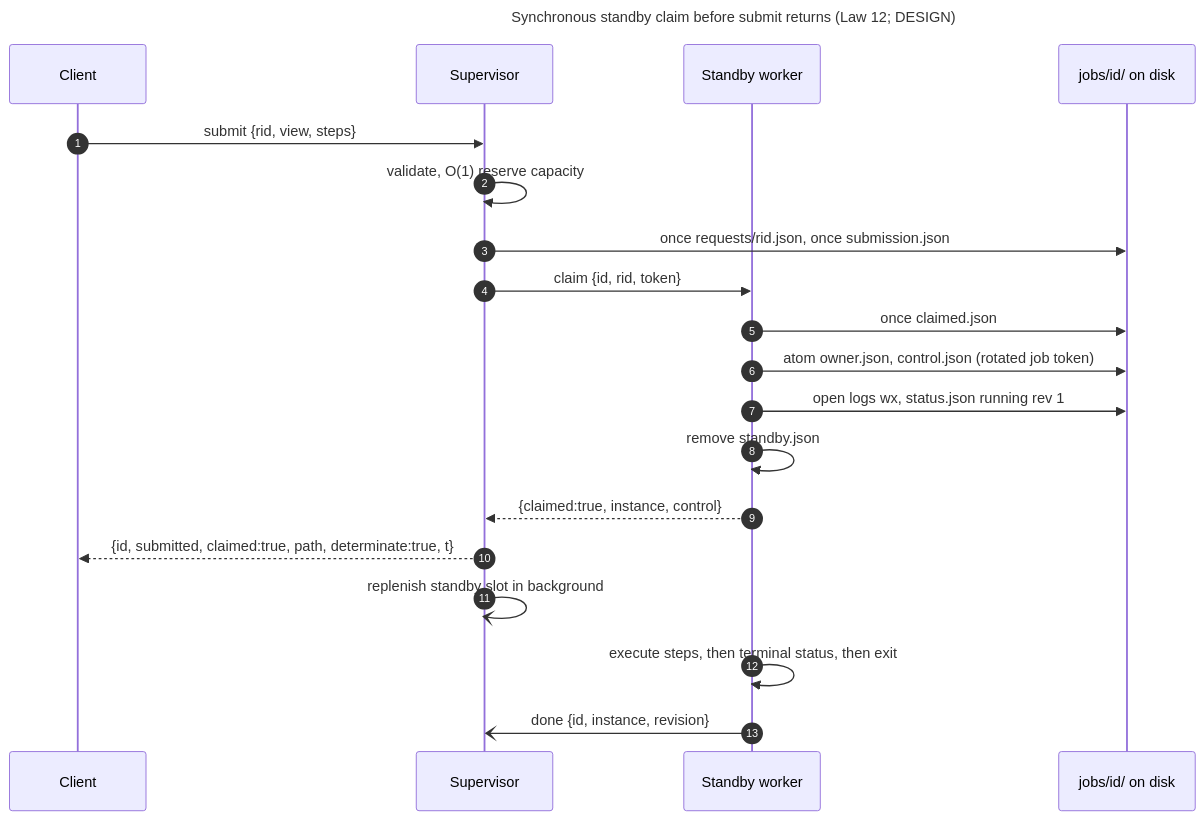
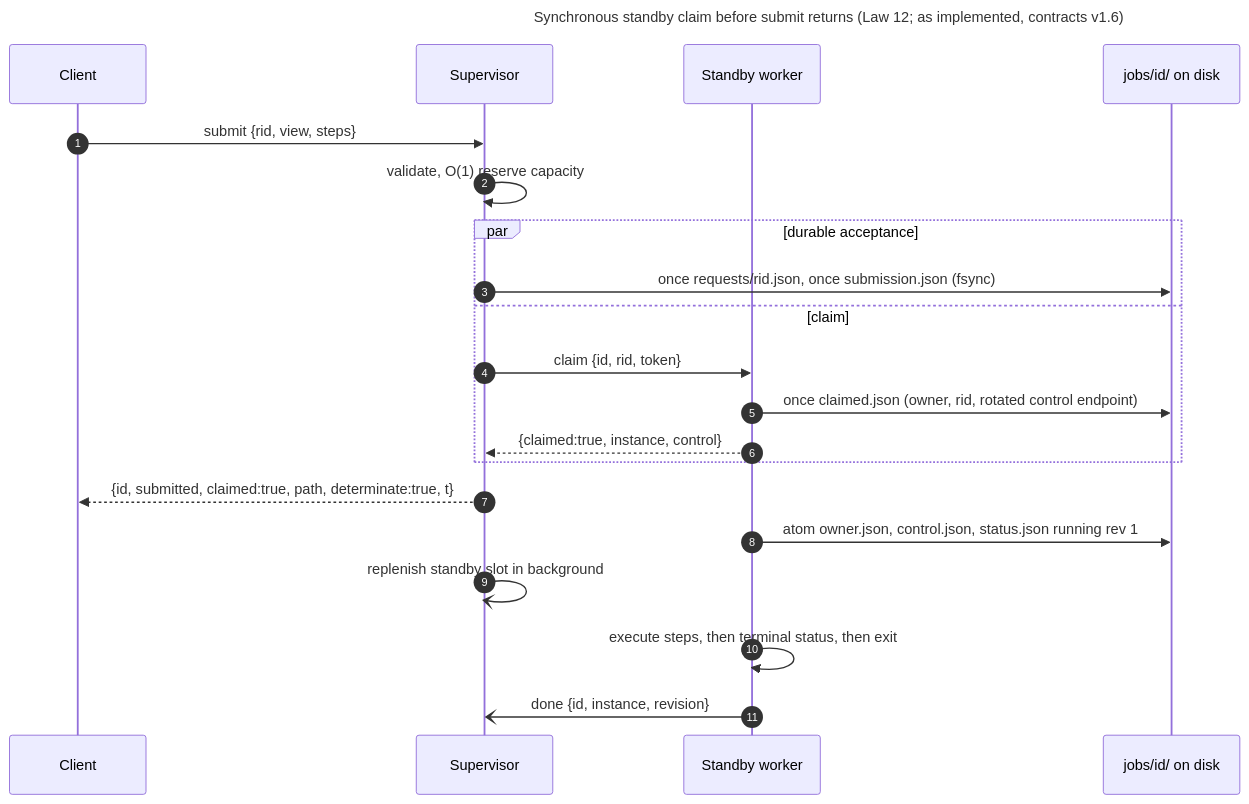
One commit to calisweetleaf/somnus-plot changed the fifth of 7 diagrams in WHITEPAPER.md. Above: the diagram before and after it, drawn with Mermaid. The commit also changed other lines of this file and 35 other files, not shown here.

````diff
--- a/WHITEPAPER.md
+++ b/WHITEPAPER.md
@@ -348,24 +372,25 @@
 ```mermaid
 ---
-title: Synchronous standby claim before submit returns (Law 12; DESIGN)
+title: Synchronous standby claim before submit returns (Law 12; as implemented, contracts v1.6)
 ---
 sequenceDiagram
   autonumber
   participant C as Client
   participant S as Supervisor
   participant W as Standby worker
   participant F as jobs/id/ on disk
   C->>S: submit {rid, view, steps}
   S->>S: validate, O(1) reserve capacity
-  S->>F: once requests/rid.json, once submission.json
-  S->>W: claim {id, rid, token}
-  W->>F: once claimed.json
-  W->>F: atom owner.json, control.json (rotated job token)
-  W->>F: open logs wx, status.json running rev 1
-  W->>W: remove standby.json
-  W-->>S: {claimed:true, instance, control}
+  par durable acceptance
+    S->>F: once requests/rid.json, once submission.json (fsync)
+  and claim
+    S->>W: claim {id, rid, token}
+    W->>F: once claimed.json (owner, rid, rotated control endpoint)
+    W-->>S: {claimed:true, instance, control}
+  end
   S-->>C: {id, submitted, claimed:true, path, determinate:true, t}
+  W->>F: atom owner.json, control.json, status.json running rev 1
   S-)S: replenish standby slot in background
   W->>W: execute steps, then terminal status, then exit
   W-)S: done {id, instance, revision}
 ```
````
